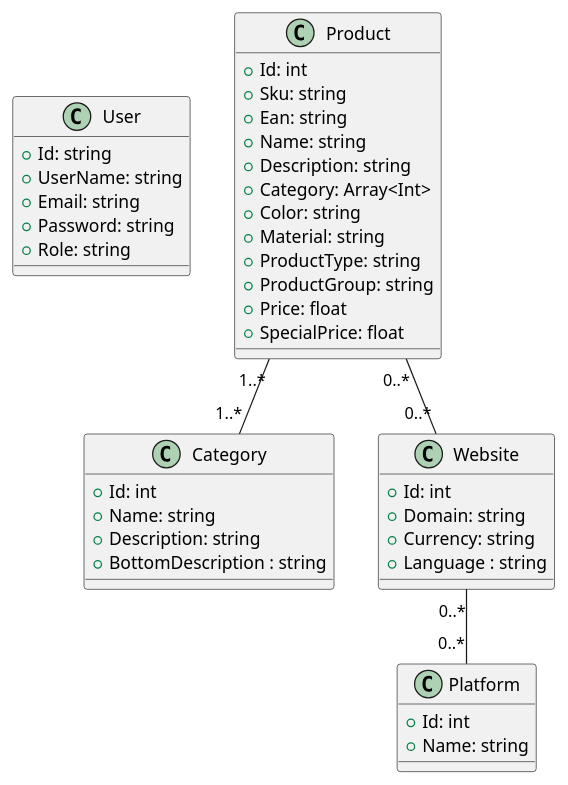
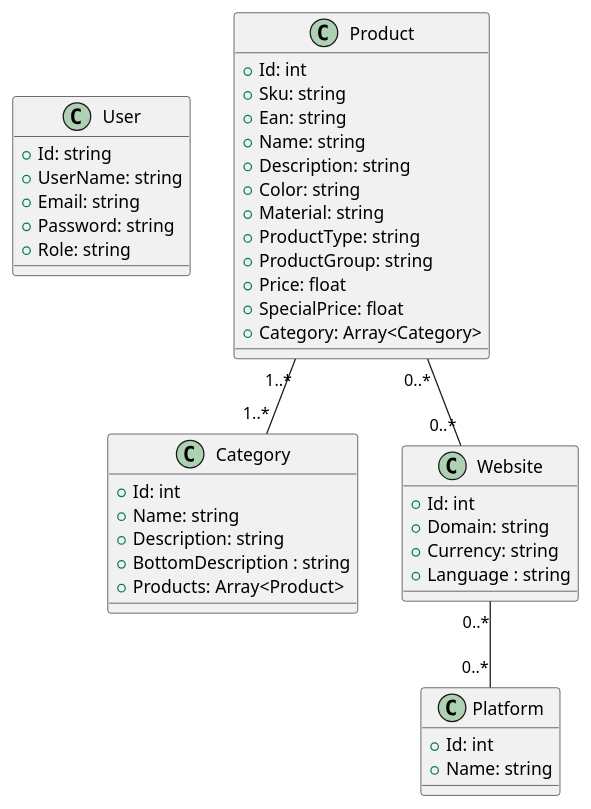
One commit to DMOoF23-S4-Team2/PMS-WePack changed the diagram in Documents/Models/DesignClassDiagram.plantuml. Above: the diagram before and after it, drawn with PlantUML. The commit also changed 8 other files, not shown here.

Commit message:
chore: Add Products collection to Category and Category collection to Product Initialized database

```diff
--- a/Documents/Models/DesignClassDiagram.plantuml
+++ b/Documents/Models/DesignClassDiagram.plantuml
@@ -1,56 +1,57 @@
 @startuml Design Class Diagram (DCD)
 
 class User {
     + Id: string
     + UserName: string
     + Email: string
     + Password: string
     + Role: string        
 }
 
 class Product {
     + Id: int
     + Sku: string
     + Ean: string
     + Name: string
     + Description: string
-    + Category: Array<Int>
     + Color: string
     + Material: string
     + ProductType: string
     + ProductGroup: string
     + Price: float
     + SpecialPrice: float     
+    + Category: Array<Category>
 }
 
 class Category {
     + Id: int
     + Name: string
     + Description: string
     + BottomDescription : string
+    + Products: Array<Product>
 }
 
 class Website {
     + Id: int
     + Domain: string
     + Currency: string
     + Language : string
 }
 
 class Platform {
     + Id: int
     + Name: string
 }
 
 ' class Localization {
 '     + Id: int
 '     + Language: string
 ' }
 
 Product "1..*" -- "1..*" Category
 Product "0..*" -- "0..*" Website
 ' Website "0..1" -- "0..1" Localization
 Website "0..*" -- "0..*" Platform
 
 
 @enduml
```
